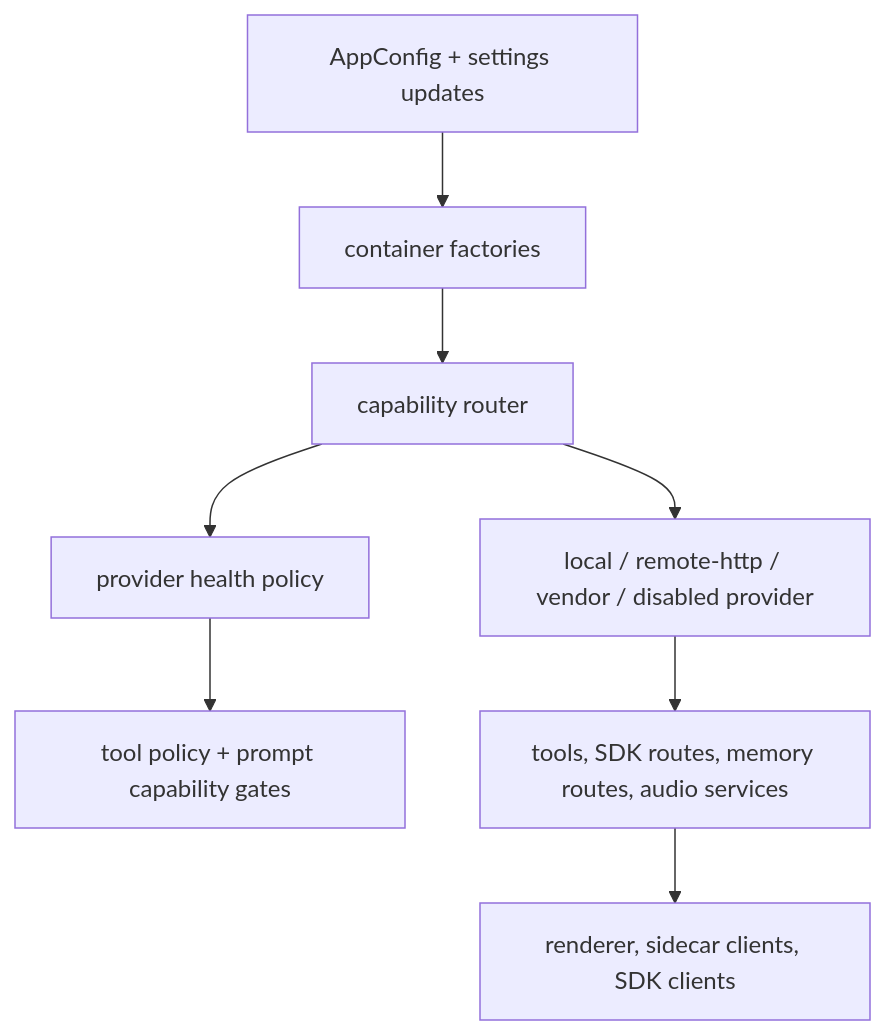
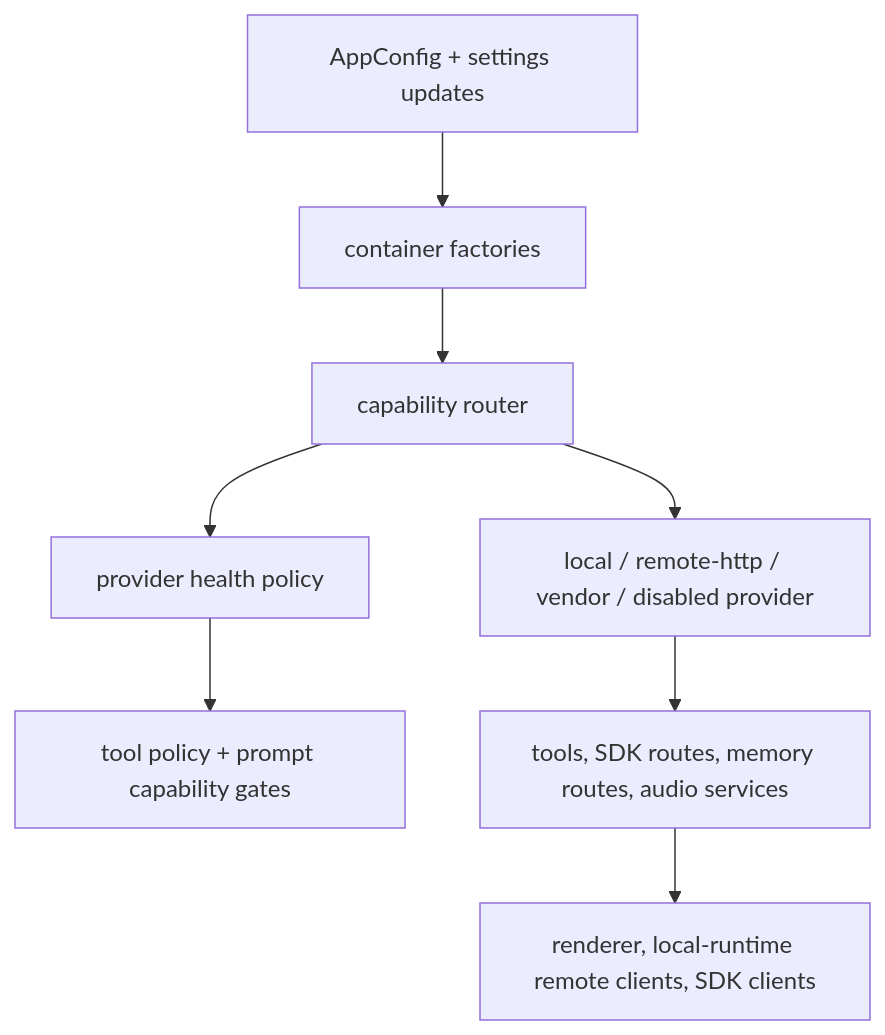
One commit to buiilding/My_Own_OpenClaw changed the diagram in docs/providers/inference_capability_change_workflow.md. Above: the diagram before and after it, drawn with Mermaid. The commit also changed other lines of this file and 11 other files, not shown here.

First line of the commit message:
docs(security): label local runtime auth routing

````diff
--- a/docs/providers/inference_capability_change_workflow.md
+++ b/docs/providers/inference_capability_change_workflow.md
@@ -60,10 +60,10 @@
 ```mermaid
 flowchart TD
     Config["AppConfig + settings updates"] --> Factory["container factories"]
     Factory --> Router["capability router"]
     Router --> Provider["local / remote-http / vendor / disabled provider"]
     Router --> Health["provider health policy"]
     Health --> Policy["tool policy + prompt capability gates"]
     Provider --> Callers["tools, SDK routes, memory routes, audio services"]
-    Callers --> Clients["renderer, sidecar clients, SDK clients"]
+    Callers --> Clients["renderer, local-runtime remote clients, SDK clients"]
 ```
````
